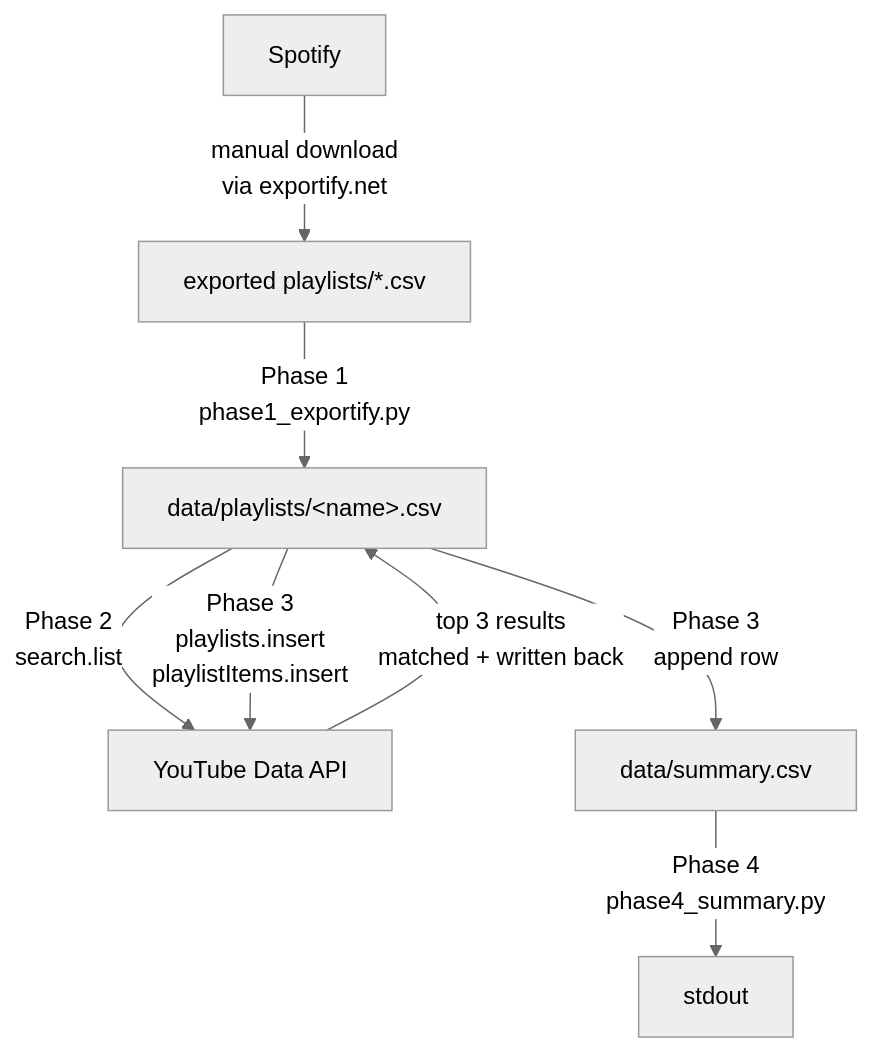
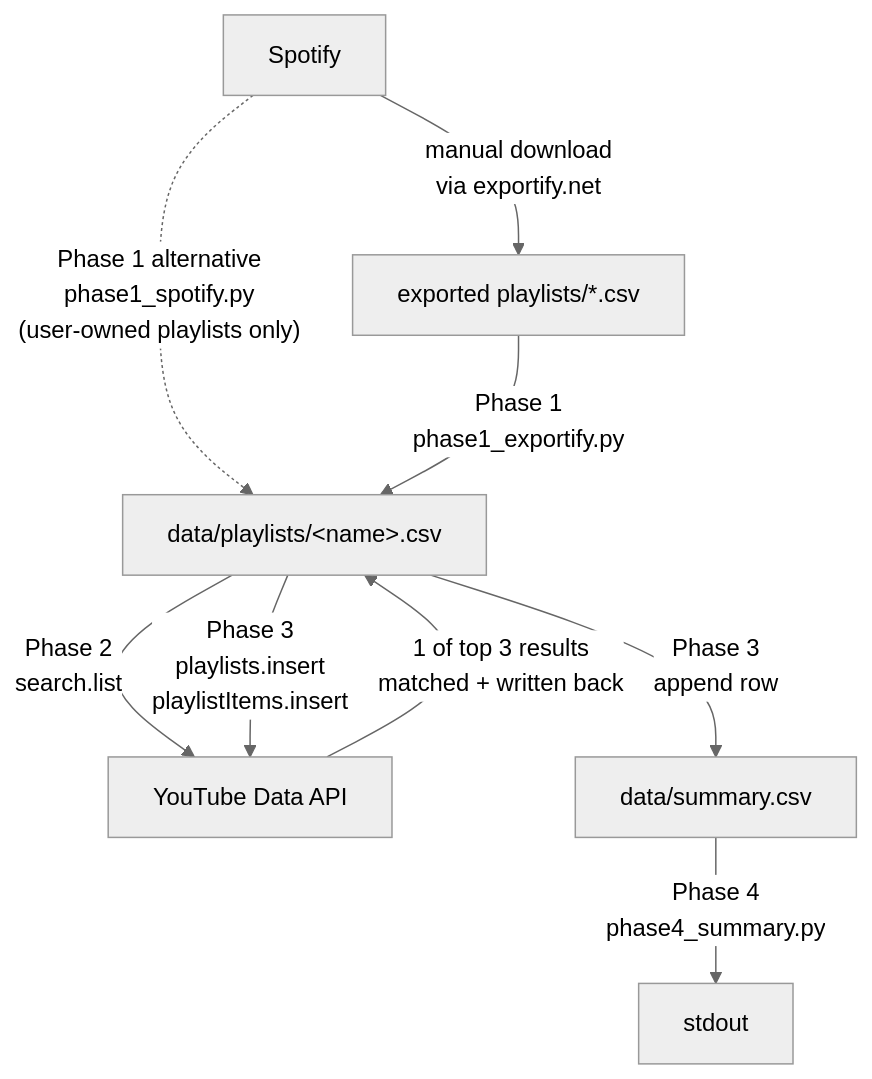
One commit to NBPub/Spotify_to_Youtube_video-playlist changed the diagram in docs/Code.md. Above: the diagram before and after it, drawn with Mermaid (neutral theme). The commit also changed other lines of this file and 7 other files, not shown here.

````diff
--- a/docs/Code.md
+++ b/docs/Code.md
@@ -50,10 +60,11 @@
 ```mermaid
 flowchart TD
     Spotify --> |"manual download<br/>via exportify.net"| Exp["exported playlists/*.csv"]
+    Spotify -.-> |"Phase 1 alternative<br/>phase1_spotify.py<br/>(user-owned playlists only)"| CSV
     Exp --> |"Phase 1<br/>phase1_exportify.py"| CSV["data/playlists/&lt;name&gt;.csv"]
     CSV --> |"Phase 2<br/>search.list"| YT["YouTube Data API"]
-    YT --> |"top 3 results<br/>matched + written back"| CSV
+    YT --> |"1 of top 3 results<br/>matched + written back"| CSV
     CSV --> |"Phase 3<br/>playlists.insert<br/>playlistItems.insert"| YT
     CSV --> |"Phase 3<br/>append row"| Summary["data/summary.csv"]
     Summary --> |"Phase 4<br/>phase4_summary.py"| Stdout["stdout"]
 ```
````
